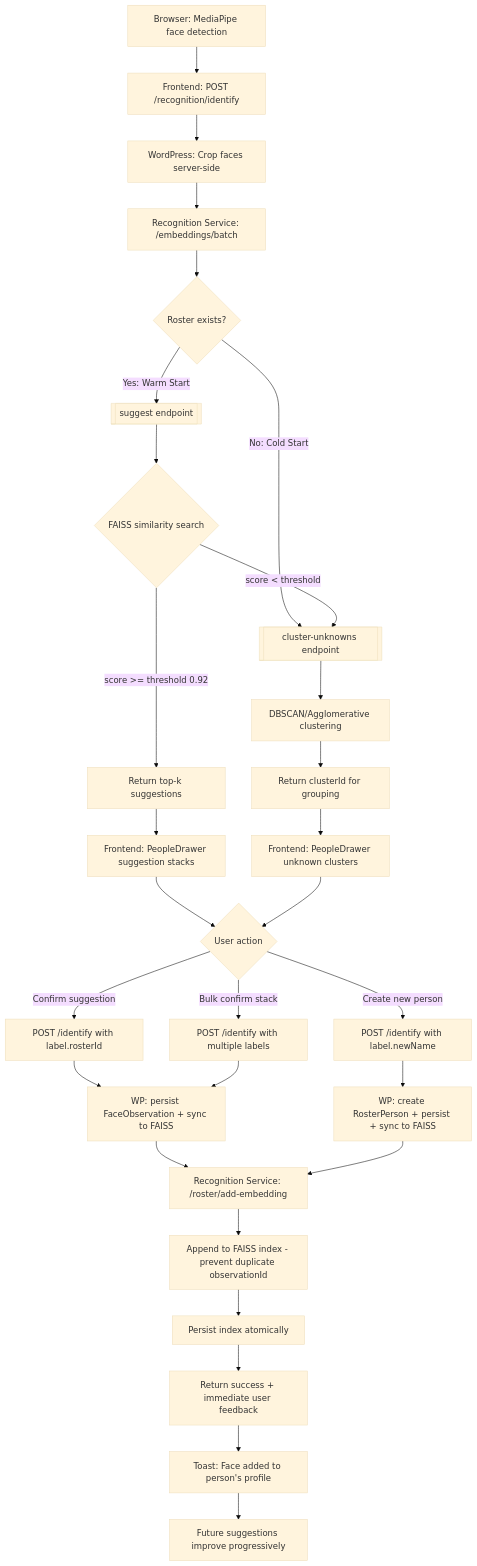
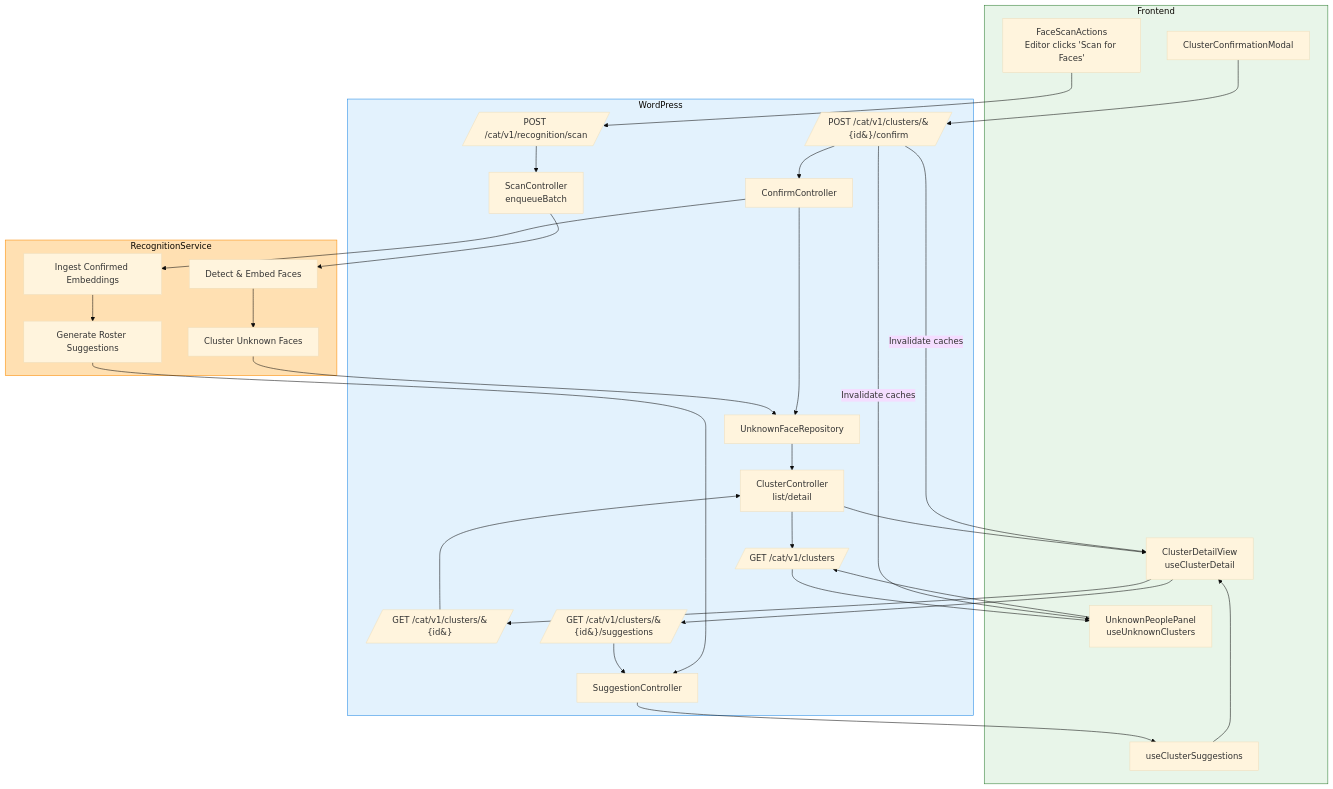
The diagram in docs/architecture/frontend-uml/face-recognition-workflow.mmd (darce/context-alt-text-monorepo), drawn with Mermaid (base theme) before and after one commit. The commit also changed 3 other files, not shown here.

Commit message:
docs: update uml

```diff
--- a/docs/architecture/frontend-uml/face-recognition-workflow.mmd
+++ b/docs/architecture/frontend-uml/face-recognition-workflow.mmd
@@ -1,40 +1,64 @@
 flowchart TD
-%% v2 Face Recognition Workflow
-%% Aligns with CONSOLIDATED_FACE_DETECTION_PLAN.md Section 4.2
+%% Remote Face Recognition Workflow (Oct 2025)
+%% Frontend consumes server-side detection, clustering, and suggestions
 
-A[Browser: MediaPipe face detection] --> B[Frontend: POST /recognition/identify]
-B --> C[WordPress: Crop faces server-side]
-C --> D[Recognition Service: /embeddings/batch]
-D --> E{Roster exists?}
-E -->|Yes: Warm Start| F[[suggest endpoint]]
-E -->|No: Cold Start| G[[cluster-unknowns endpoint]]
+subgraph Frontend
+	A[FaceScanActions<br/>Editor clicks 'Scan for Faces']
+	B[UnknownPeoplePanel<br/>useUnknownClusters]
+	C[ClusterDetailView<br/>useClusterDetail]
+	D[useClusterSuggestions]
+	E[ClusterConfirmationModal]
+end
 
-F --> H{FAISS similarity search}
-H -->|score >= threshold 0.92| I[Return top-k suggestions]
-H -->|score < threshold| G
+subgraph WordPress
+	F[/POST /cat/v1/recognition/scan/]
+	G[/GET /cat/v1/clusters/]
+	H[/GET /cat/v1/clusters/&#123;id&#125;/]
+	I[/GET /cat/v1/clusters/&#123;id&#125;/suggestions/]
+	J[/POST /cat/v1/clusters/&#123;id&#125;/confirm/]
+	K[ScanController<br/>enqueueBatch]
+	L[ClusterController<br/>list/detail]
+	M[SuggestionController]
+	N[ConfirmController]
+	O[UnknownFaceRepository]
+end
 
-G --> J[DBSCAN/Agglomerative clustering]
-J --> K[Return clusterId for grouping]
+subgraph RecognitionService
+	P[Detect & Embed Faces]
+	Q[Cluster Unknown Faces]
+	R[Generate Roster Suggestions]
+	S[Ingest Confirmed Embeddings]
+end
 
-I --> L[Frontend: PeopleDrawer suggestion stacks]
-K --> M[Frontend: PeopleDrawer unknown clusters]
+A --> F
+F --> K
+K --> P
+P --> Q
+Q --> O
+O --> L
+L --> G
+B --> G
+G --> B
 
-L --> N{User action}
-M --> N
+C --> H
+H --> L
+L --> C
 
-N -->|Confirm suggestion| O[POST /identify with label.rosterId]
-N -->|Create new person| P[POST /identify with label.newName]
-N -->|Bulk confirm stack| Q[POST /identify with multiple labels]
+C --> I
+I --> M
+M --> D
+D --> C
 
-O --> R[WP: persist FaceObservation + sync to FAISS]
-P --> S[WP: create RosterPerson + persist + sync to FAISS]
-Q --> R
+E --> J
+J --> N
+N --> O
+N --> S
+S --> R
+R --> M
 
-R --> T[Recognition Service: /roster/add-embedding]
-S --> T
-T --> U[Append to FAISS index - prevent duplicate observationId]
-U --> V[Persist index atomically]
+J -->|Invalidate caches| B
+J -->|Invalidate caches| C
 
-V --> W[Return success + immediate user feedback]
-W --> X[Toast: Face added to person's profile]
-X --> Y[Future suggestions improve progressively]
+style Frontend fill:#e8f5e9,stroke:#2e7d32,stroke-width:1px
+style WordPress fill:#e3f2fd,stroke:#1e88e5,stroke-width:1px
+style RecognitionService fill:#ffe0b2,stroke:#fb8c00,stroke-width:1px
```
